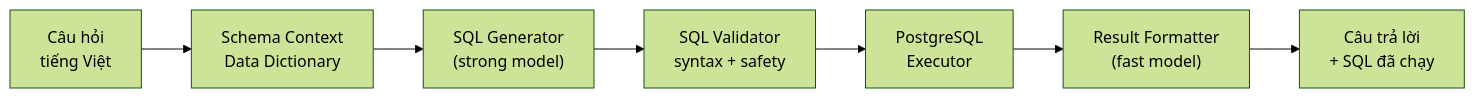
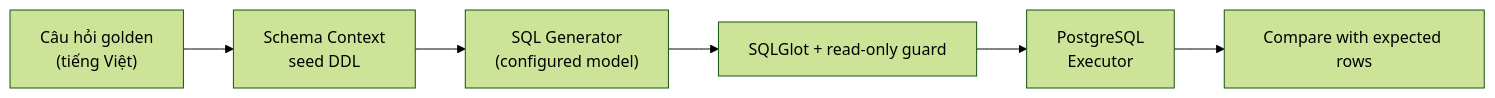
Before and after one commit to tranquoctrieu382006-tech/AI-assistant: the fourth of 7 diagrams in docs/architecture.md, drawn with Mermaid (forest theme). The commit also changed other lines of this file and 21 other files, not shown here.

````diff
--- a/docs/architecture.md
+++ b/docs/architecture.md
@@ -197,9 +164,8 @@
 ```mermaid
 flowchart LR
-    A["Câu hỏi\ntiếng Việt"] --> B["Schema Context\nData Dictionary"]
-    B --> C["SQL Generator\n(strong model)"]
-    C --> D["SQL Validator\nsyntax + safety"]
+    A["Câu hỏi golden\n(tiếng Việt)"] --> B["Schema Context\nseed DDL"]
+    B --> C["SQL Generator\n(configured model)"]
+    C --> D["SQLGlot + read-only guard"]
     D --> E["PostgreSQL\nExecutor"]
-    E --> F["Result Formatter\n(fast model)"]
-    F --> G["Câu trả lời\n+ SQL đã chạy"]
+    E --> F["Compare with expected rows"]
 ```
````
